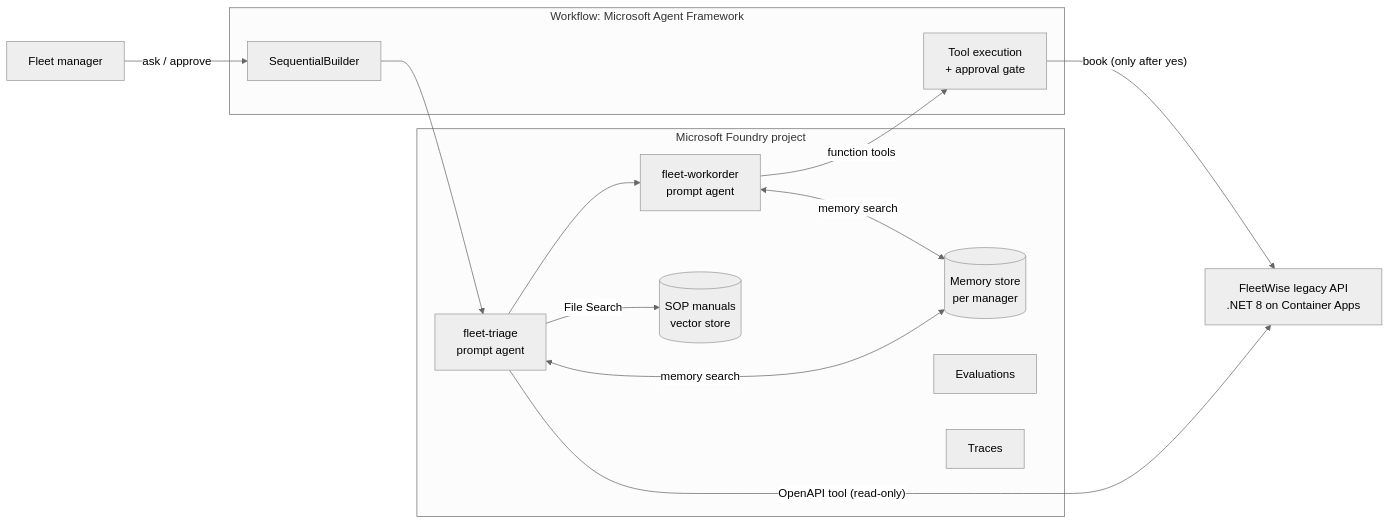
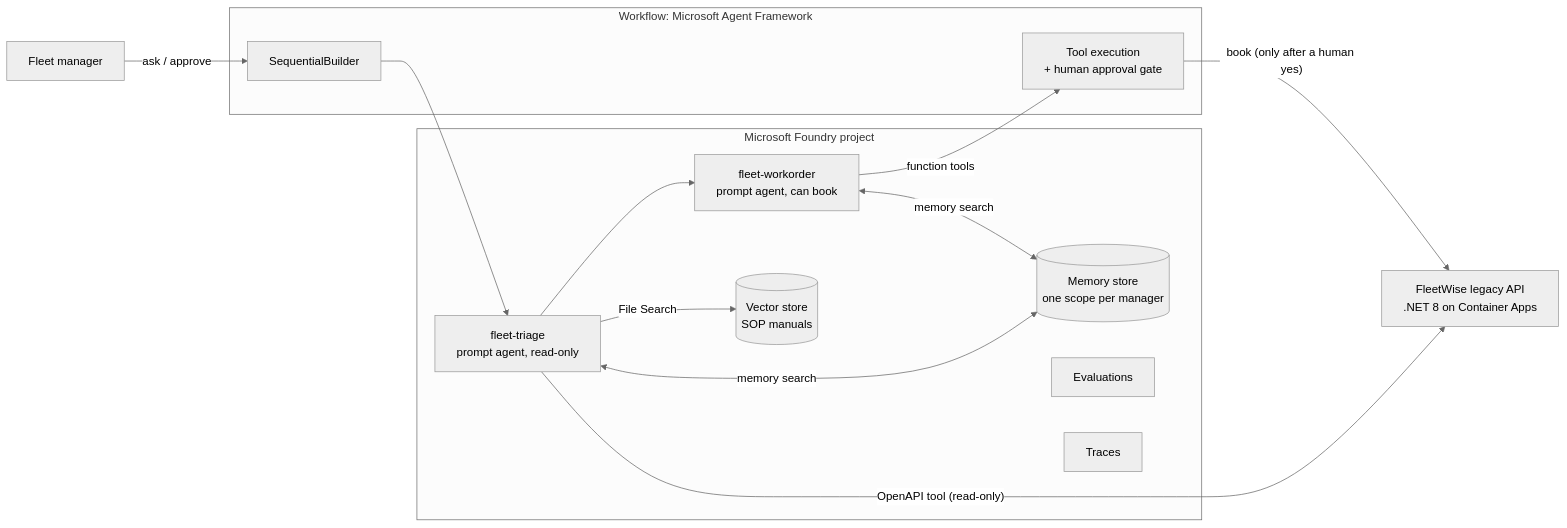
One commit to hkaanturgut/foundry-fleetwise-agents changed the first of 5 diagrams in README.md. Above: the diagram before and after it, drawn with Mermaid (neutral theme). The commit also changed other lines of this file and 7 other files, not shown here.

First line of the commit message:
README as a guide for everyone; vehicleClass on dispatch lines; technician-only memory preference

````diff
--- a/README.md
+++ b/README.md
@@ -66,24 +72,24 @@
 ```mermaid
 flowchart LR
     Mgr["Fleet manager"]
     subgraph Proc["Workflow: Microsoft Agent Framework"]
         SEQ["SequentialBuilder"]
-        EXE["Tool execution<br/>+ approval gate"]
+        EXE["Tool execution<br/>+ human approval gate"]
     end
     subgraph F["Microsoft Foundry project"]
-        TRI["fleet-triage<br/>prompt agent"]
-        WO["fleet-workorder<br/>prompt agent"]
-        MEM[("Memory store<br/>per manager")]
-        VS[("SOP manuals<br/>vector store")]
+        TRI["fleet-triage<br/>prompt agent, read-only"]
+        WO["fleet-workorder<br/>prompt agent, can book"]
+        MEM[("Memory store<br/>one scope per manager")]
+        VS[("Vector store<br/>SOP manuals")]
         EV["Evaluations"]
         TR["Traces"]
     end
     API["FleetWise legacy API<br/>.NET 8 on Container Apps"]
     Mgr -- "ask / approve" --> SEQ
     SEQ --> TRI --> WO
     TRI -- "OpenAPI tool (read-only)" --> API
     TRI -- "File Search" --> VS
     WO -- "function tools" --> EXE
-    EXE -- "book (only after yes)" --> API
+    EXE -- "book (only after a human yes)" --> API
     TRI & WO <-- "memory search" --> MEM
 ```
````
